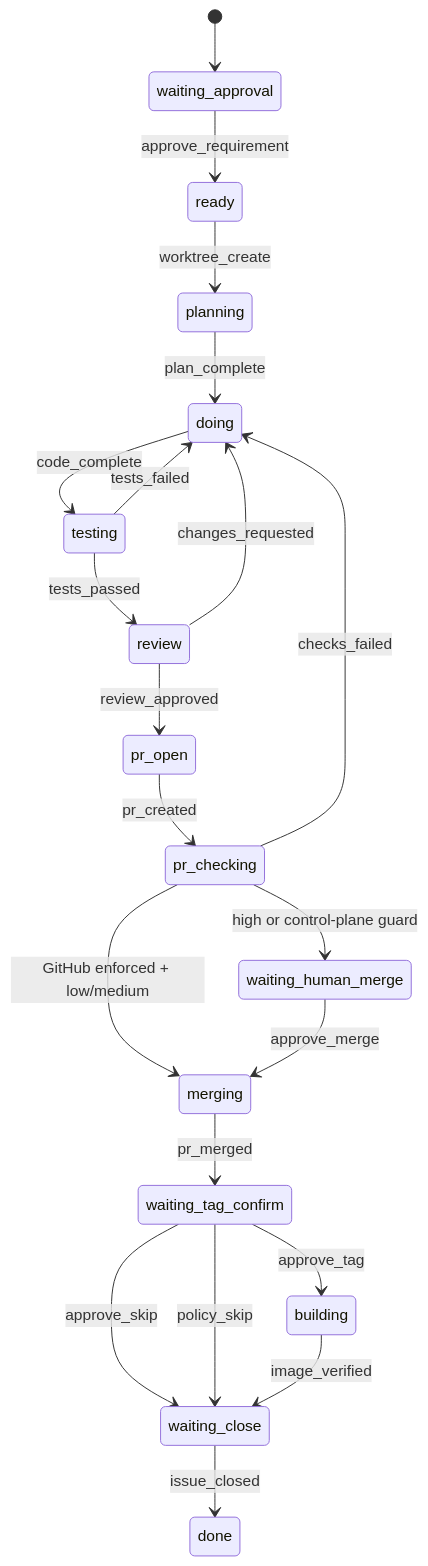
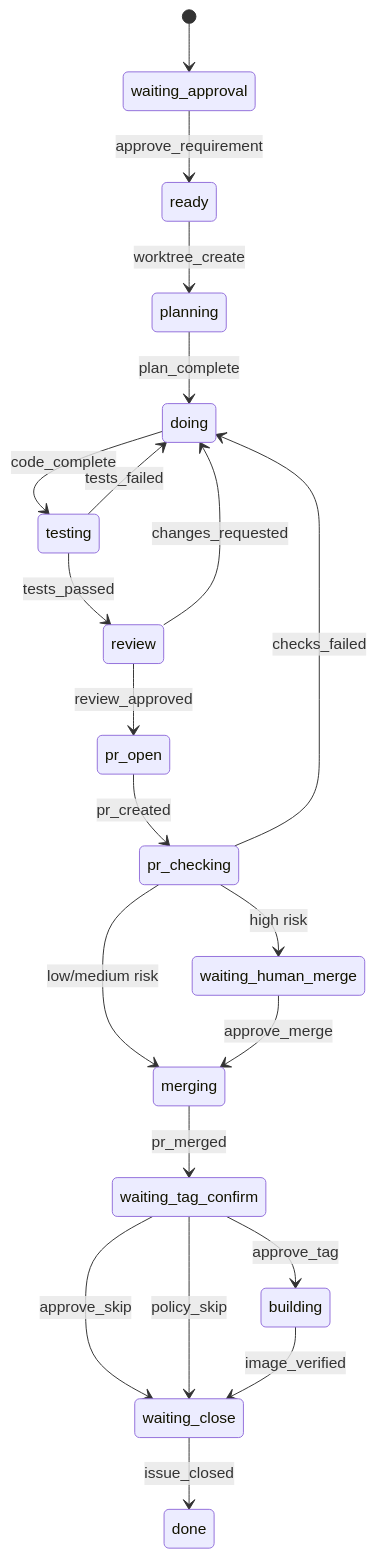
The second of 2 diagrams in CMDB_ZCode_AI_Dev_Workflow.md (hutong236/hutong-zcode-marketplace), drawn with Mermaid before and after one commit. The commit also changed other lines of this file and 25 other files, not shown here.

````diff
--- a/CMDB_ZCode_AI_Dev_Workflow.md
+++ b/CMDB_ZCode_AI_Dev_Workflow.md
@@ -116,23 +118,23 @@
 ```mermaid
 stateDiagram-v2
   [*] --> waiting_approval
   waiting_approval --> ready: approve_requirement
   ready --> planning: worktree_create
   planning --> doing: plan_complete
   doing --> testing: code_complete
   testing --> doing: tests_failed
   testing --> review: tests_passed
   review --> doing: changes_requested
   review --> pr_open: review_approved
   pr_open --> pr_checking: pr_created
   pr_checking --> doing: checks_failed
-  pr_checking --> merging: GitHub enforced + low/medium
-  pr_checking --> waiting_human_merge: high or control-plane guard
+  pr_checking --> merging: low/medium risk
+  pr_checking --> waiting_human_merge: high risk
   waiting_human_merge --> merging: approve_merge
   merging --> waiting_tag_confirm: pr_merged
   waiting_tag_confirm --> building: approve_tag
   waiting_tag_confirm --> waiting_close: approve_skip
   waiting_tag_confirm --> waiting_close: policy_skip
   building --> waiting_close: image_verified
   waiting_close --> done: issue_closed
 ```
````
